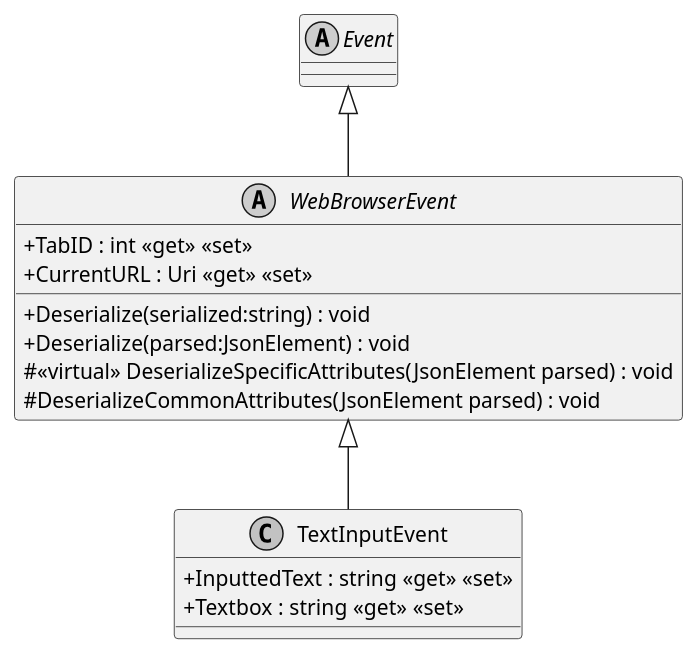
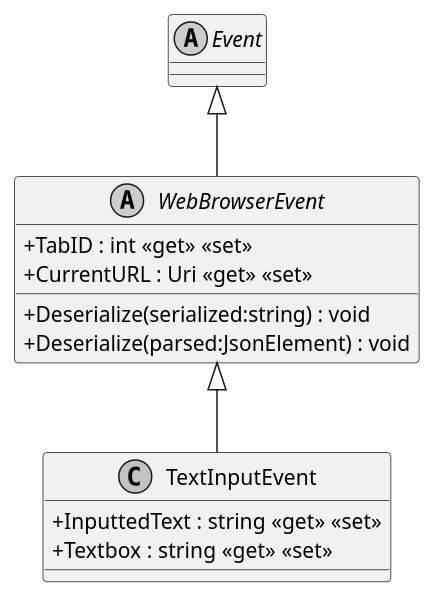
Before and after one commit to insightmind/MORR: the diagram in documents/sd/plantuml/application/Modules/WebBrowser/Events/TextInputEvent.puml, drawn with PlantUML. The commit also changed 20 other files, not shown here.

```diff
--- a/documents/sd/plantuml/application/Modules/WebBrowser/Events/TextInputEvent.puml
+++ b/documents/sd/plantuml/application/Modules/WebBrowser/Events/TextInputEvent.puml
@@ -1,20 +1,18 @@
 @startuml
 skinparam monochrome true
 skinparam classAttributeIconSize 0
 
 class TextInputEvent {
     + InputtedText : string <<get>> <<set>>
     + Textbox : string <<get>> <<set>>
 }
 abstract class WebBrowserEvent {
     + TabID : int <<get>> <<set>>
     + Deserialize(serialized:string) : void
     + Deserialize(parsed:JsonElement) : void
-    # <<virtual>> DeserializeSpecificAttributes(JsonElement parsed) : void
-    # DeserializeCommonAttributes(JsonElement parsed) : void
     + CurrentURL : Uri <<get>> <<set>>
 }
 abstract class Event
 WebBrowserEvent <|-- TextInputEvent
 Event <|-- WebBrowserEvent
 @enduml
```
